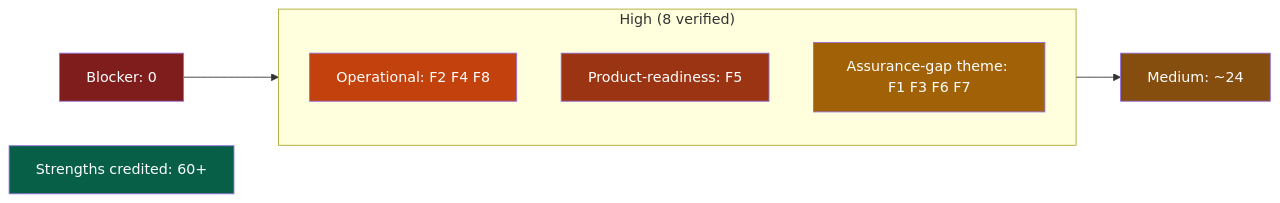
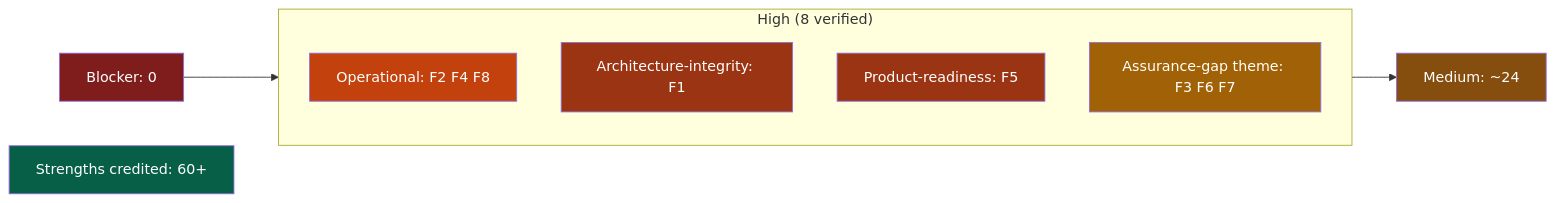
The first of 4 diagrams in docs/reviews/arch-review/2026-07-11/REPORT.md (holomush/holomush), drawn with Mermaid before and after one commit. The commit also changed other lines of this file and 3 other files, not shown here.

First line of the commit message:
docs(review): reframe F1 event-sourcing as architecture-integrity finding + add reusable review prompt

````diff
--- a/docs/reviews/arch-review/2026-07-11/REPORT.md
+++ b/docs/reviews/arch-review/2026-07-11/REPORT.md
@@ -38,18 +42,19 @@
 ```mermaid
 flowchart LR
     B["Blocker: 0"]:::b
     subgraph H["High (8 verified)"]
       OP["Operational: F2 F4 F8"]:::h
+      AR["Architecture-integrity: F1"]:::p
       PR["Product-readiness: F5"]:::p
-      AG["Assurance-gap theme: F1 F3 F6 F7"]:::a
+      AG["Assurance-gap theme: F3 F6 F7"]:::a
     end
     M["Medium: ~24"]:::m
     S["Strengths credited: 60+"]:::s
     B --> H --> M
     classDef b fill:#7f1d1d,color:#fff
     classDef h fill:#c2410c,color:#fff
     classDef p fill:#9a3412,color:#fff
     classDef a fill:#a16207,color:#fff
     classDef m fill:#854d0e,color:#fff
     classDef s fill:#065f46,color:#fff
 ```
````
